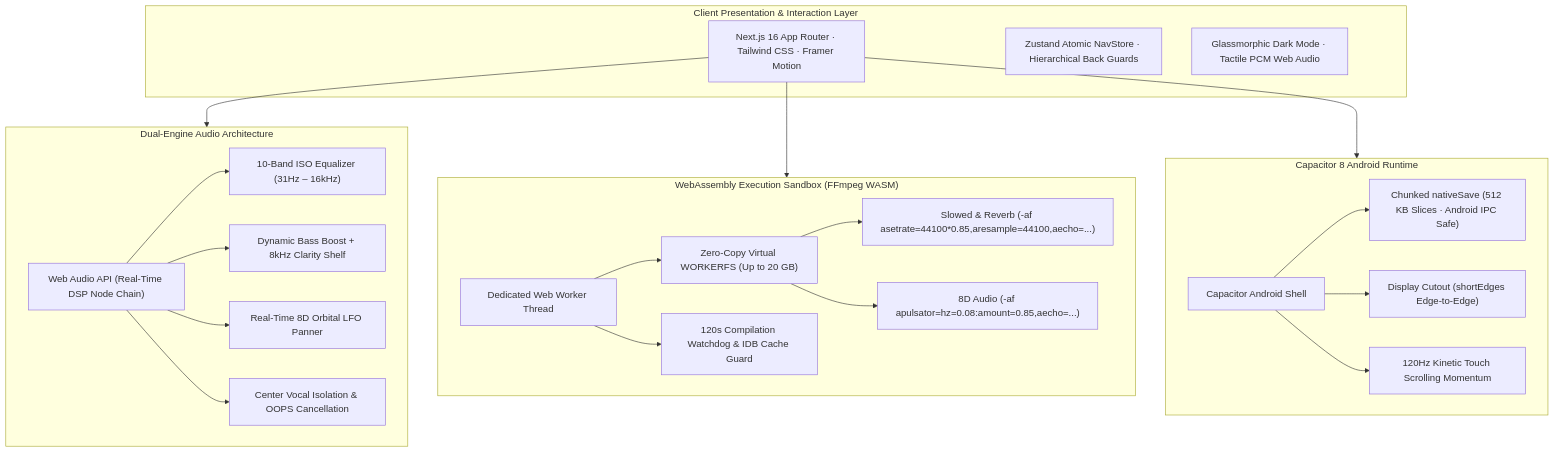
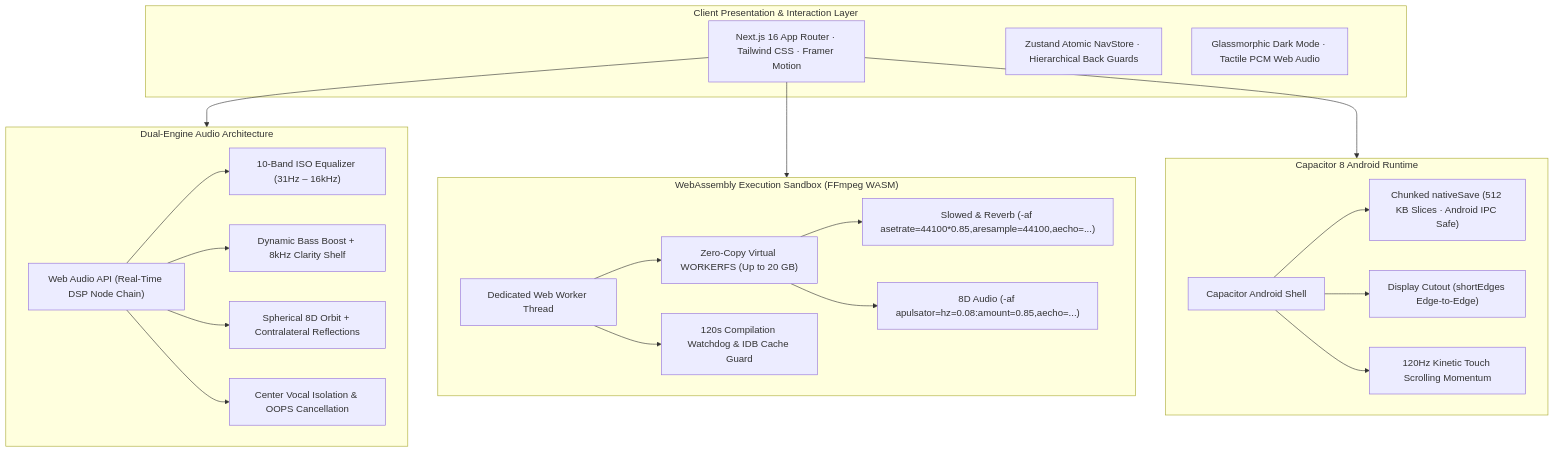
One commit to lagtastic-legends/zenodeck changed the diagram in README.md. Above: the diagram before and after it, drawn with Mermaid. The commit also changed other lines of this file and 7 other files, not shown here.

Commit message:
chore(release): v3.6.8 — 8D Audio Spherical Spatialization, Contralateral Reflections & Professional GitHub Suite

````diff
--- a/README.md
+++ b/README.md
@@ -90,39 +90,39 @@
 ```mermaid
 flowchart TD
     subgraph UI_Layer["Client Presentation & Interaction Layer"]
         App["Next.js 16 App Router · Tailwind CSS · Framer Motion"]
         Nav["Zustand Atomic NavStore · Hierarchical Back Guards"]
         Theme["Glassmorphic Dark Mode · Tactile PCM Web Audio"]
     end
 
     subgraph Audio_DSP["Dual-Engine Audio Architecture"]
         WA["Web Audio API (Real-Time DSP Node Chain)"]
         WA --> EQ["10-Band ISO Equalizer (31Hz – 16kHz)"]
         WA --> Bass["Dynamic Bass Boost + 8kHz Clarity Shelf"]
-        WA --> Spatial["Real-Time 8D Orbital LFO Panner"]
+        WA --> Spatial["Spherical 8D Orbit + Contralateral Reflections"]
         WA --> Vocal["Center Vocal Isolation & OOPS Cancellation"]
     end
 
     subgraph WASM_Engine["WebAssembly Execution Sandbox (FFmpeg WASM)"]
         Worker["Dedicated Web Worker Thread"]
         VFS["Zero-Copy Virtual WORKERFS (Up to 20 GB)"]
         Watchdog["120s Compilation Watchdog & IDB Cache Guard"]
         Filter1["Slowed & Reverb (-af asetrate=44100*0.85,aresample=44100,aecho=...)"]
         Filter2["8D Audio (-af apulsator=hz=0.08:amount=0.85,aecho=...)"]
         Worker --> VFS
         Worker --> Watchdog
         VFS --> Filter1 & Filter2
     end
 
     subgraph Native_Bridge["Capacitor 8 Android Runtime"]
         Cap["Capacitor Android Shell"]
         Save["Chunked nativeSave (512 KB Slices · Android IPC Safe)"]
         Cutout["Display Cutout (shortEdges Edge-to-Edge)"]
         Scroll["120Hz Kinetic Touch Scrolling Momentum"]
         Cap --> Save & Cutout & Scroll
     end
 
     App --> Audio_DSP
     App --> WASM_Engine
     App --> Native_Bridge
 ```
````
